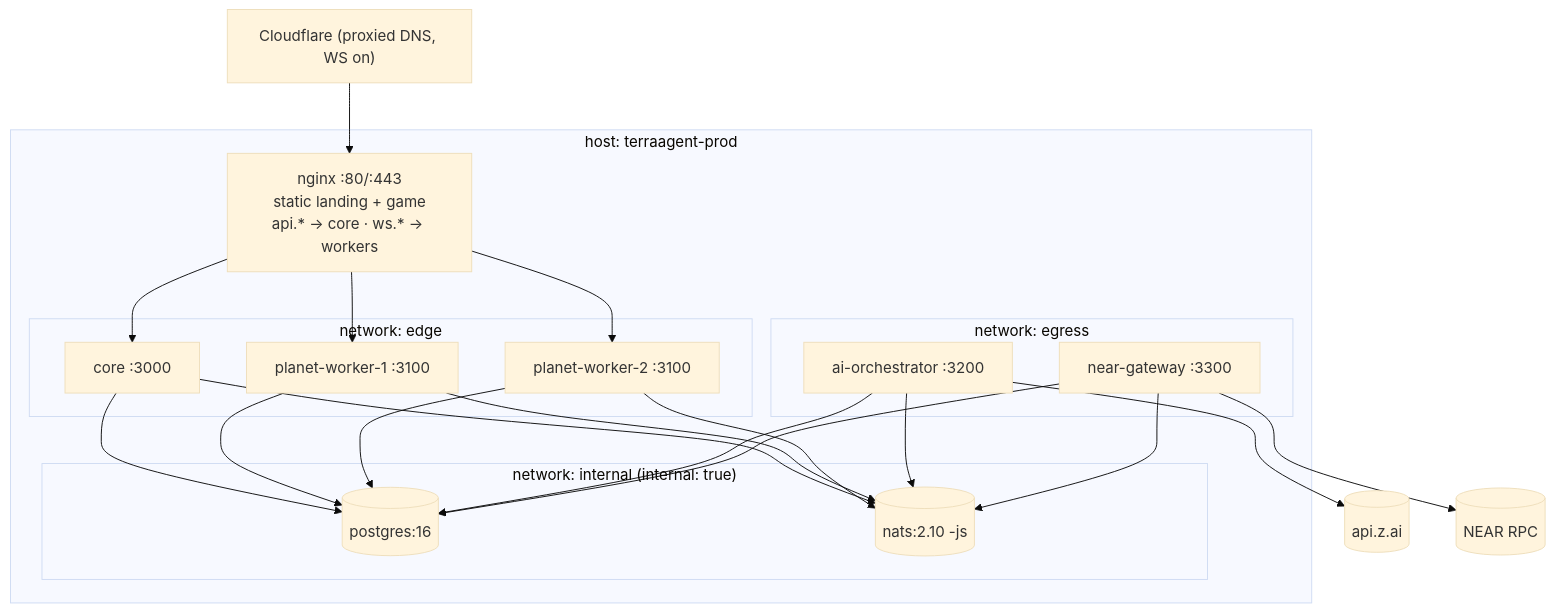
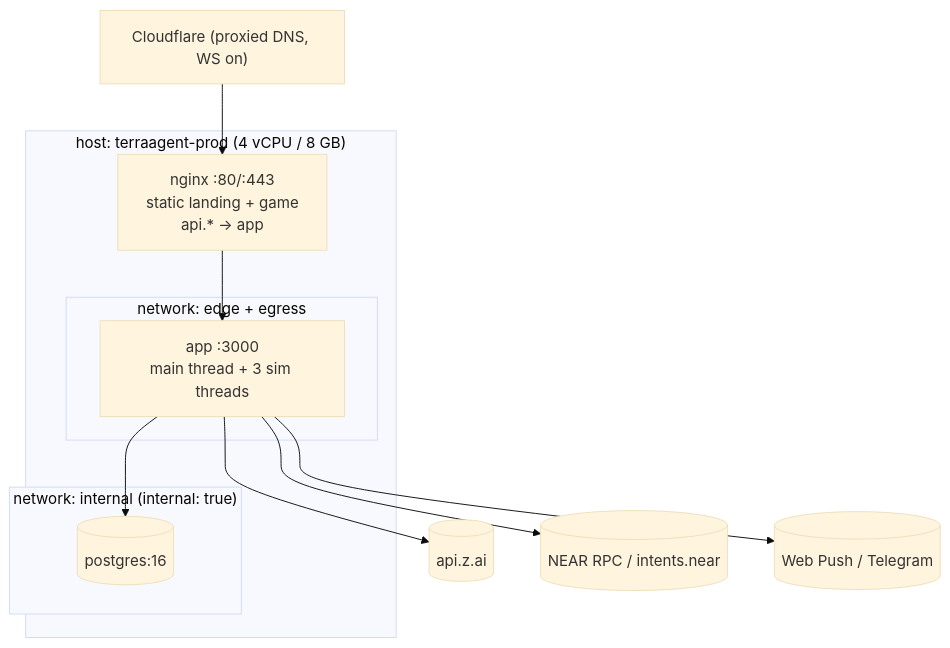
The diagram in docs/spec/DEPLOYMENT.md (recferret-bit/terraagent), drawn with Mermaid (base theme) before and after one commit. The commit also changed other lines of this file and 63 other files, not shown here.

````diff
--- a/docs/spec/DEPLOYMENT.md
+++ b/docs/spec/DEPLOYMENT.md
@@ -12,24 +12,18 @@
 ```mermaid
 flowchart TB
   CF["Cloudflare (proxied DNS, WS on)"] --> NGX
-  subgraph host["host: terraagent-prod"]
-    NGX["nginx :80/:443<br/>static landing + game<br/>api.* → core · ws.* → workers"]
-    subgraph edge["network: edge"]
-      CORE["core :3000"]
-      PW1["planet-worker-1 :3100"]
-      PW2["planet-worker-2 :3100"]
+  subgraph host["host: terraagent-prod (4 vCPU / 8 GB)"]
+    NGX["nginx :80/:443<br/>static landing + game<br/>api.* → app"]
+    subgraph edge["network: edge + egress"]
+      APP["app :3000<br/>main thread + 3 sim threads"]
     end
     subgraph internal["network: internal (internal: true)"]
       PG[("postgres:16")]
-      NATS[("nats:2.10 -js")]
-    end
-    subgraph egress["network: egress"]
-      AI["ai-orchestrator :3200"]
-      NEAR["near-gateway :3300"]
     end
   end
-  NGX --> CORE & PW1 & PW2
-  CORE & PW1 & PW2 & AI & NEAR --> PG & NATS
-  AI --> ZAI[(api.z.ai)]
-  NEAR --> RPC[(NEAR RPC)]
+  NGX --> APP
+  APP --> PG
+  APP --> ZAI[(api.z.ai)]
+  APP --> RPC[(NEAR RPC / intents.near)]
+  APP --> PUSH[(Web Push / Telegram)]
 ```
````
